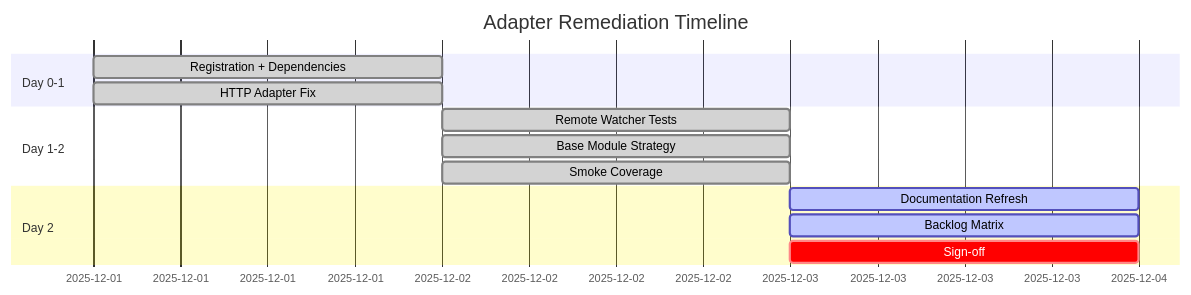
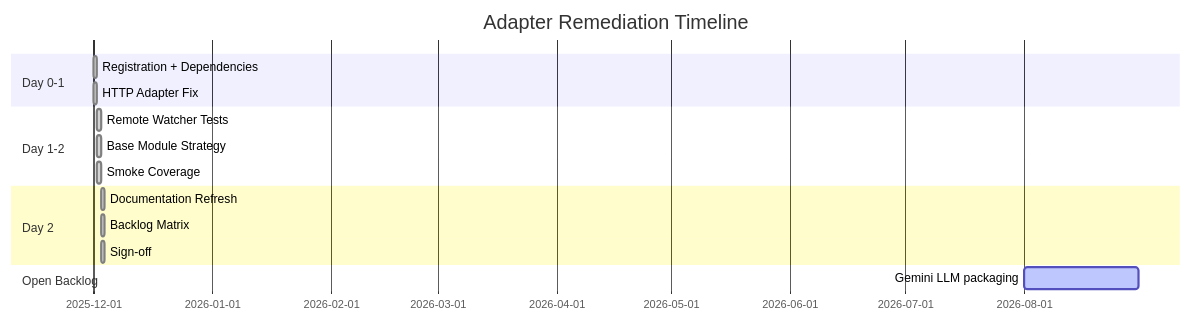
Before and after one commit to lesleslie/oneiric: the diagram in docs/implementation/ADAPTER_REMEDIATION_PLAN.md, drawn with Mermaid.

Commit message:
docs(implementation): mark ADAPTER_REMEDIATION_PLAN Gantt complete and Gemini open

````diff
--- a/docs/implementation/ADAPTER_REMEDIATION_PLAN.md
+++ b/docs/implementation/ADAPTER_REMEDIATION_PLAN.md
@@ -9,16 +9,18 @@
 ```mermaid
 gantt
     title Adapter Remediation Timeline
     dateFormat YYYY-MM-DD
     section Day 0-1
     Registration + Dependencies        :done, a1, 2025-12-01, 1d
     HTTP Adapter Fix                    :done, a2, 2025-12-01, 1d
     section Day 1-2
     Remote Watcher Tests                :done, b1, 2025-12-02, 1d
     Base Module Strategy                :done, b2, 2025-12-02, 1d
     Smoke Coverage                      :done, b3, 2025-12-02, 1d
     section Day 2
-    Documentation Refresh               :active, c1, 2025-12-03, 1d
-    Backlog Matrix                      :active, c2, 2025-12-03, 1d
-    Sign-off                             :crit, c3, 2025-12-03, 1d
+    Documentation Refresh               :done, c1, 2025-12-03, 1d
+    Backlog Matrix                      :done, c2, 2025-12-03, 1d
+    Sign-off                             :done, c3, 2025-12-03, 1d
+    section Open Backlog
+    Gemini LLM packaging                :active, d1, 2026-08-01, 30d
 ```
````
